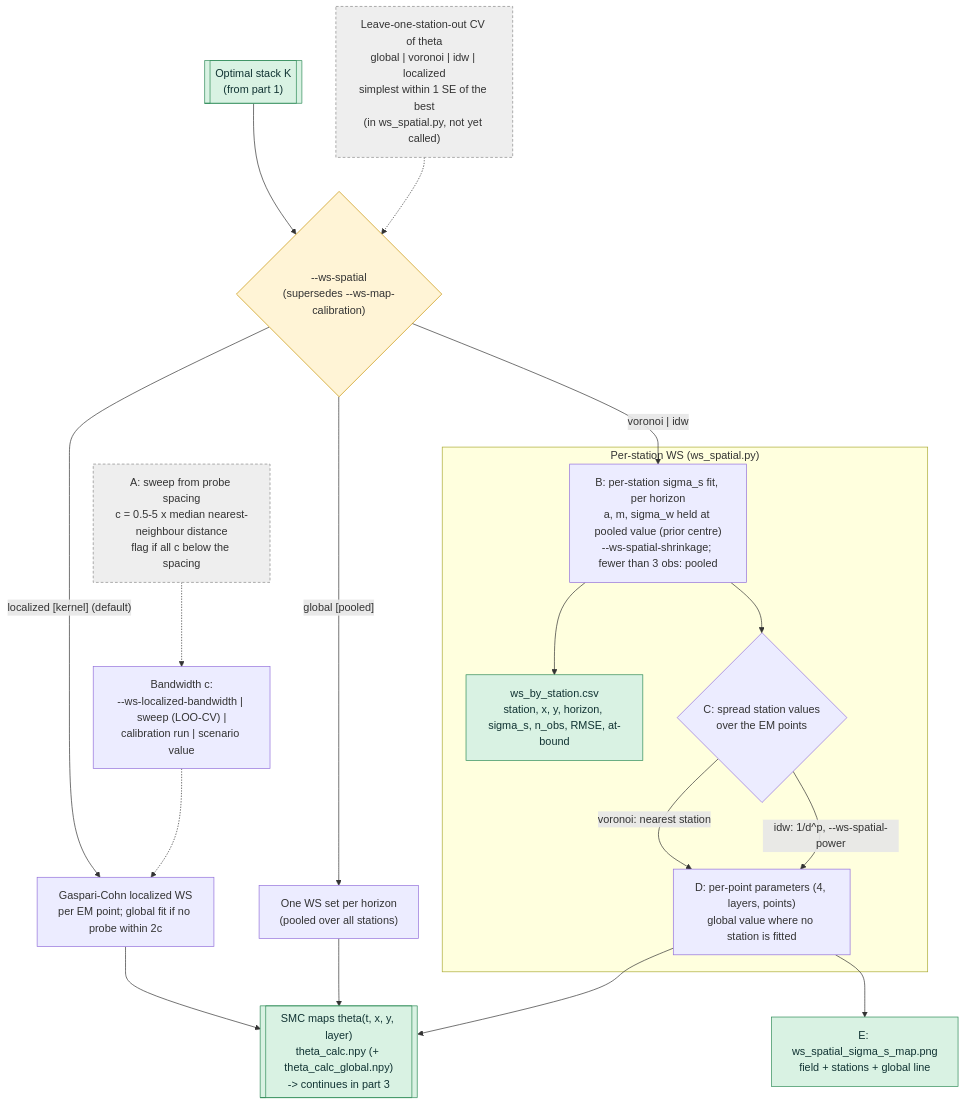
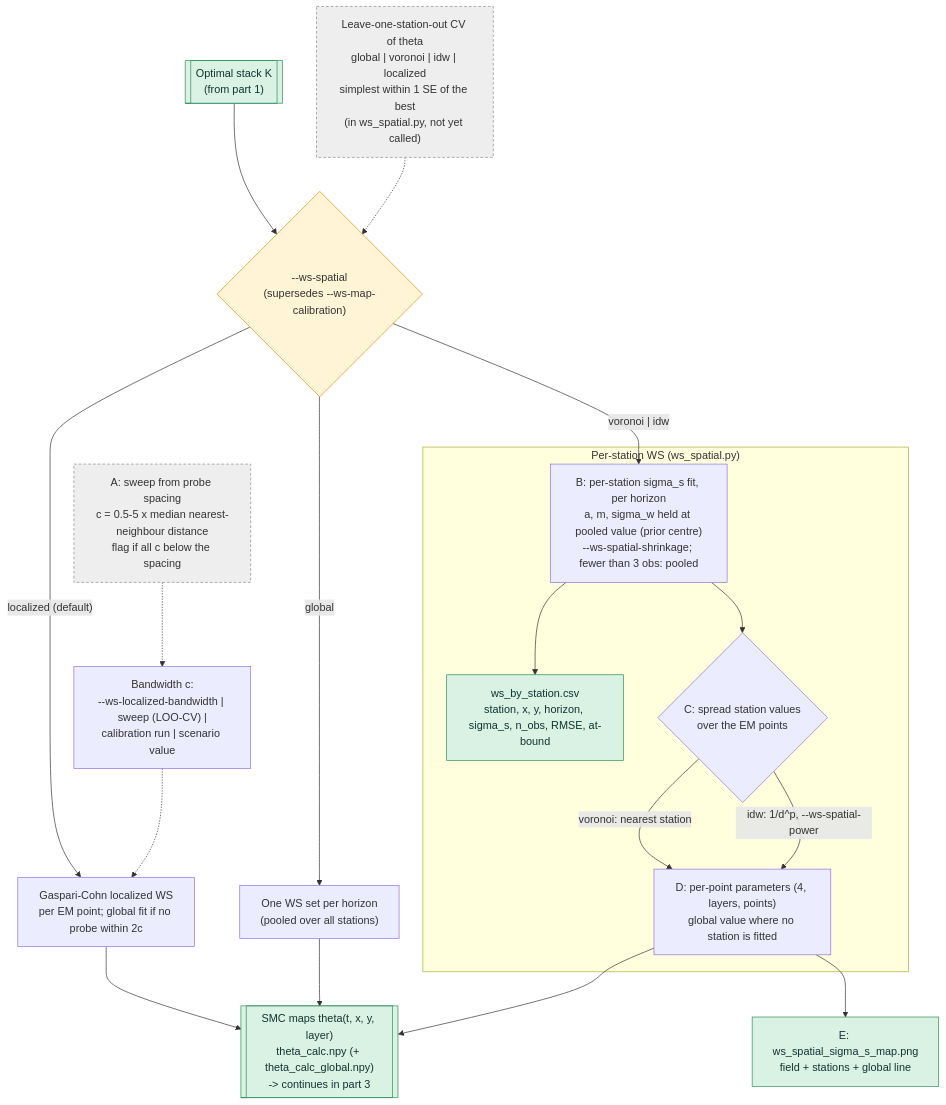
The diagram in real_data_to_smc_flowchart_part2_maps_calibration_unit.mmd (BenjMy/mfc2_EA-EM_TDR), drawn with Mermaid before and after one commit. The commit also changed 8 other files, not shown here.

First line of the commit message:
Rename --ws-spatial options: pooled -> global, kernel -> localized (RD0)

```diff
--- a/real_data_to_smc_flowchart_part2_maps_calibration_unit.mmd
+++ b/real_data_to_smc_flowchart_part2_maps_calibration_unit.mmd
@@ -1,34 +1,34 @@
 flowchart TD
     %% Part 2/3: calibration unit behind the maps (EC -> theta), from the optimal stack K
     K[["Optimal stack K<br/>(from part 1)"]] --> O_MAP{"--ws-spatial<br/>(supersedes --ws-map-calibration)"}
 
-    O_MAP -- "global [pooled]" --> M2["One WS set per horizon<br/>(pooled over all stations)"]
-    O_MAP -- "localized [kernel] (default)" --> M1["Gaspari-Cohn localized WS<br/>per EM point; global fit if no probe within 2c"]
+    O_MAP -- "global" --> M2["One WS set per horizon<br/>(pooled over all stations)"]
+    O_MAP -- "localized (default)" --> M1["Gaspari-Cohn localized WS<br/>per EM point; global fit if no probe within 2c"]
     O_MAP -- "voronoi | idw" --> B1
 
     BW["Bandwidth c:<br/>--ws-localized-bandwidth | sweep (LOO-CV) |<br/>calibration run | scenario value"] -.-> M1
     SWA["A: sweep from probe spacing<br/>c = 0.5-5 x median nearest-neighbour distance<br/>flag if all c below the spacing"] -.-> BW
 
     subgraph ST["Per-station WS (ws_spatial.py)"]
         B1["B: per-station sigma_s fit, per horizon<br/>a, m, sigma_w held at pooled value (prior centre)<br/>--ws-spatial-shrinkage; fewer than 3 obs: pooled"]
         B1 --> B2["ws_by_station.csv<br/>station, x, y, horizon, sigma_s, n_obs, RMSE, at-bound"]
         B1 --> C1{"C: spread station values<br/>over the EM points"}
         C1 -- "voronoi: nearest station" --> D1
         C1 -- "idw: 1/d^p, --ws-spatial-power" --> D1
         D1["D: per-point parameters (4, layers, points)<br/>global value where no station is fitted"]
     end
 
     LOSO["Leave-one-station-out CV of theta<br/>global | voronoi | idw | localized<br/>simplest within 1 SE of the best<br/>(in ws_spatial.py, not yet called)"] -.-> O_MAP
 
     D1 --> E1["E: ws_spatial_sigma_s_map.png<br/>field + stations + global line"]
     M1 --> SMC
     M2 --> SMC
     D1 --> SMC
     SMC[["SMC maps theta(t, x, y, layer)<br/>theta_calc.npy (+ theta_calc_global.npy)<br/>-> continues in part 3"]]
 
     classDef opt fill:#fff4d6,stroke:#c79100,color:#333;
     classDef todo fill:#eeeeee,stroke:#888,stroke-dasharray: 4 3,color:#333;
     classDef out fill:#d9f2e3,stroke:#2e8b57,color:#133;
     class O_MAP opt;
     class SMC,B2,E1,K out;
     class SWA,LOSO todo;
```
